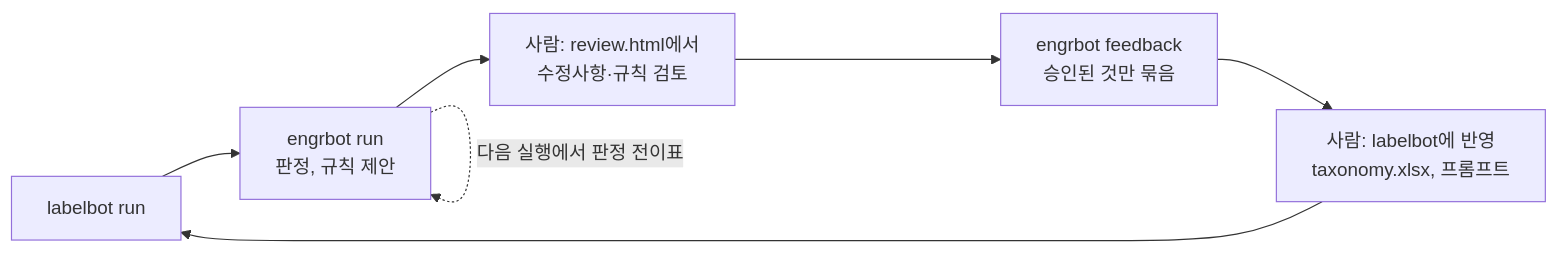
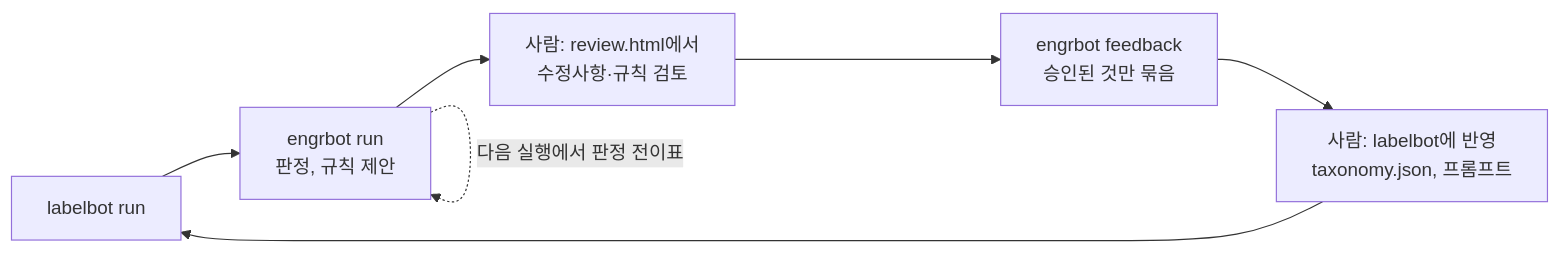
Before and after one commit to Robonge/BEOL-Datalabeling: the second of 2 diagrams in domain_engrbot/domain_engrbot_plan.md, drawn with Mermaid. The commit also changed other lines of this file and 384 other files, not shown here.

````diff
--- a/domain_engrbot/domain_engrbot_plan.md
+++ b/domain_engrbot/domain_engrbot_plan.md
@@ -713,9 +717,9 @@
 ```mermaid
 flowchart LR
     A[labelbot run] --> B[engrbot run<br/>판정, 규칙 제안]
     B --> C[사람: review.html에서<br/>수정사항·규칙 검토]
     C --> D[engrbot feedback<br/>승인된 것만 묶음]
-    D --> E[사람: labelbot에 반영<br/>taxonomy.xlsx, 프롬프트]
+    D --> E[사람: labelbot에 반영<br/>taxonomy.json, 프롬프트]
     E --> A
     B -. 다음 실행에서 판정 전이표 .-> B
 ```
````
